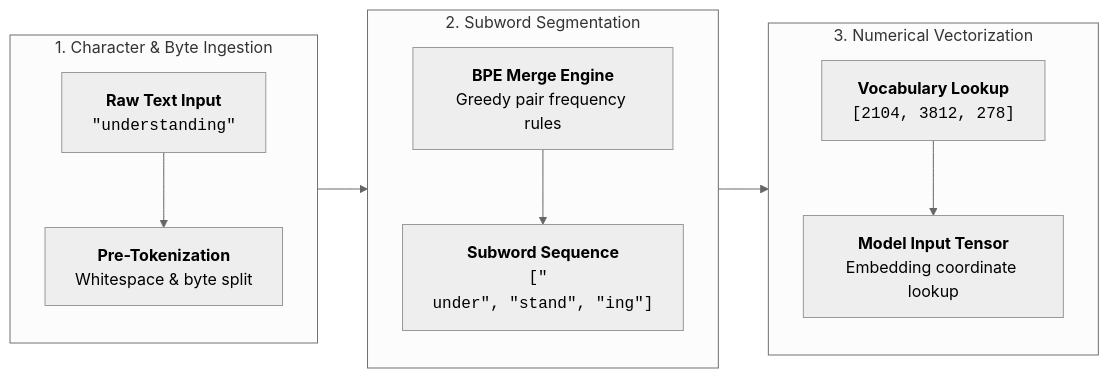
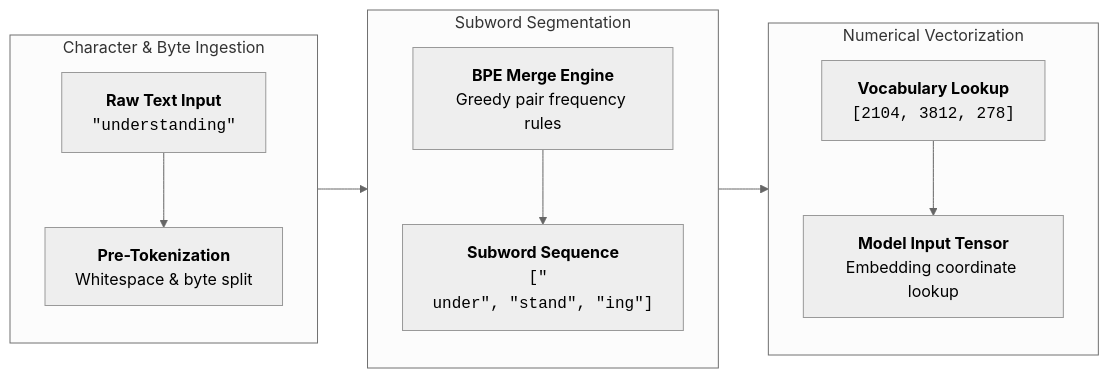
The diagram in content/foundations/tokenization.md (shotsan/llmnerd), drawn with Mermaid (neutral theme) before and after one commit. The commit also changed 4 other files, not shown here.

Commit message:
style(mermaid): remove numbers from subgraph titles and overhaul cluster colors and typography

````diff
--- a/content/foundations/tokenization.md
+++ b/content/foundations/tokenization.md
@@ -24,22 +24,22 @@
 ```mermaid
 flowchart LR
-    subgraph S1["1. Character & Byte Ingestion"]
+    subgraph S1["Character & Byte Ingestion"]
         direction TB
         A["<b>Raw Text Input</b><br/><code>&quot;understanding&quot;</code>"]
         --> B["<b>Pre-Tokenization</b><br/>Whitespace & byte split"]
     end
 
-    subgraph S2["2. Subword Segmentation"]
+    subgraph S2["Subword Segmentation"]
         direction TB
         C["<b>BPE Merge Engine</b><br/>Greedy pair frequency rules"]
         --> D["<b>Subword Sequence</b><br/><code>[&quot; under&quot;,&nbsp;&quot;stand&quot;,&nbsp;&quot;ing&quot;]</code>"]
     end
 
-    subgraph S3["3. Numerical Vectorization"]
+    subgraph S3["Numerical Vectorization"]
         direction TB
         E["<b>Vocabulary Lookup</b><br/><code>[2104,&nbsp;3812,&nbsp;278]</code>"]
         --> F["<b>Model Input Tensor</b><br/>Embedding coordinate lookup"]
     end
 
     S1 --> S2 --> S3
 ```
````
